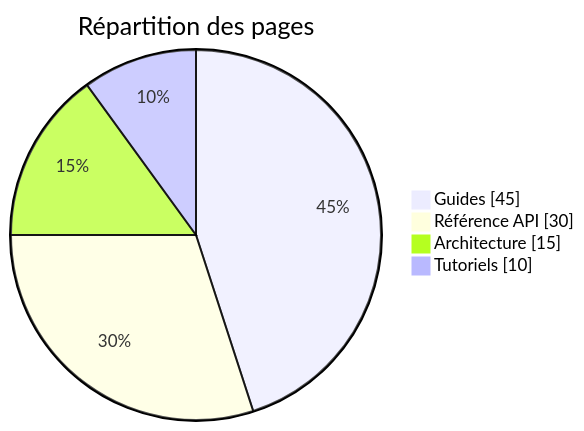
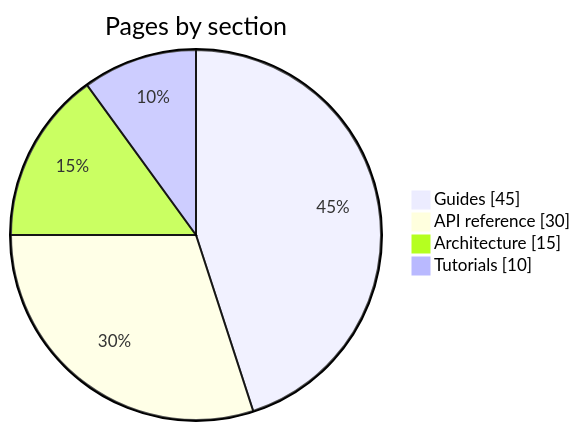
Before and after one commit to InnovateIt-ak/docusaurus: the tenth of 25 diagrams in docs/mermaid-diagrams.mdx, drawn with Mermaid. The commit also changed other lines of this file, not shown here.

First line of the commit message:
Translate the Mermaid reference page to English

````diff
--- a/docs/mermaid-diagrams.mdx
+++ b/docs/mermaid-diagrams.mdx
@@ -493,8 +491,8 @@
 ```mermaid
 pie showData
-    title Répartition des pages
+    title Pages by section
     "Guides" : 45
-    "Référence API" : 30
+    "API reference" : 30
     "Architecture" : 15
-    "Tutoriels" : 10
+    "Tutorials" : 10
 ```
````
